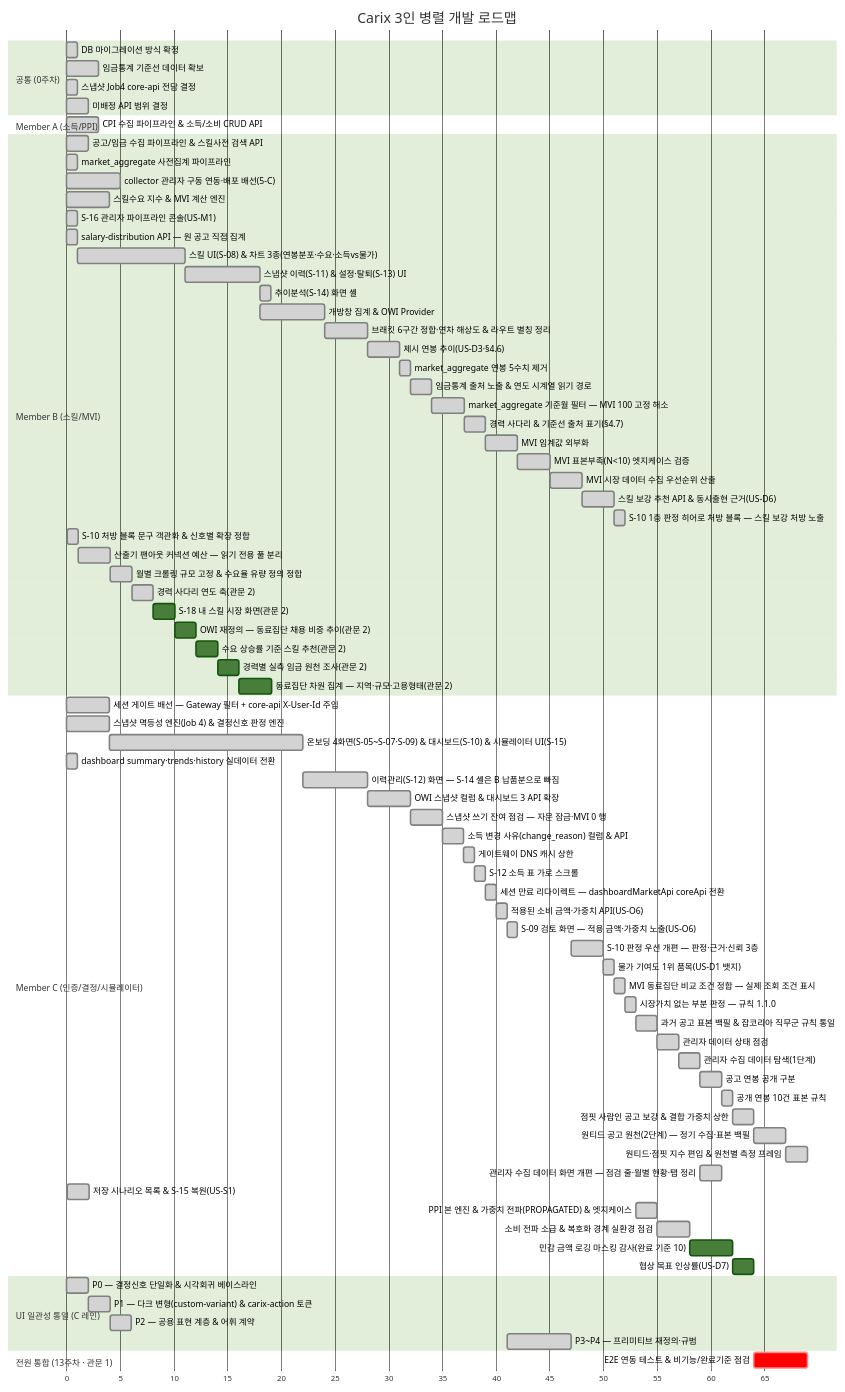
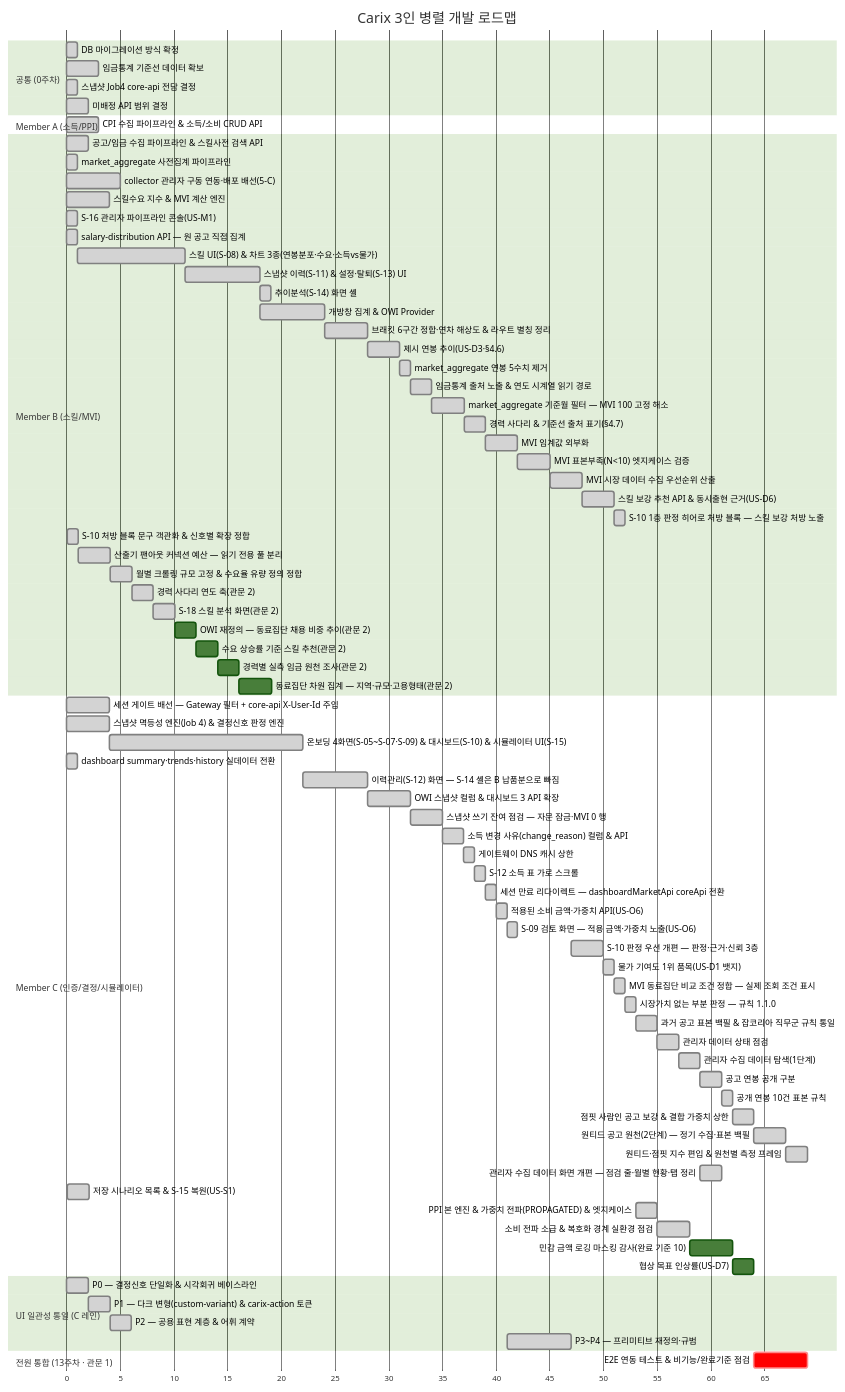
Before and after one commit to SeoHyeokGyu/Carix: the first of 2 diagrams in docs/plans/carix-dev-plan.md, drawn with Mermaid (forest theme). The commit also changed other lines of this file and 5 other files, not shown here.

```diff
--- a/docs/plans/carix-dev-plan.md
+++ b/docs/plans/carix-dev-plan.md
@@ -129,7 +129,7 @@
     산출기 팬아웃 커넥션 예산 — 읽기 전용 풀 분리 :done, b17, after b20, 3s
     월별 크롤링 규모 고정 & 수요율 유량 정의 정합 :done, b21, after b17, 2s
     경력 사다리 연도 축(관문 2) :done, b14, after b21, 2s
-    S-18 내 스킬 시장 화면(관문 2) :b19, after b14, 2s
+    S-18 스킬 분석 화면(관문 2) :done, b19, after b14, 2s
     OWI 재정의 — 동료집단 채용 비중 추이(관문 2) :b22, after b19, 2s
     수요 상승률 기준 스킬 추천(관문 2) :b23, after b22, 2s
     경력별 실측 임금 원천 조사(관문 2) :b24, after b23, 2s
```
